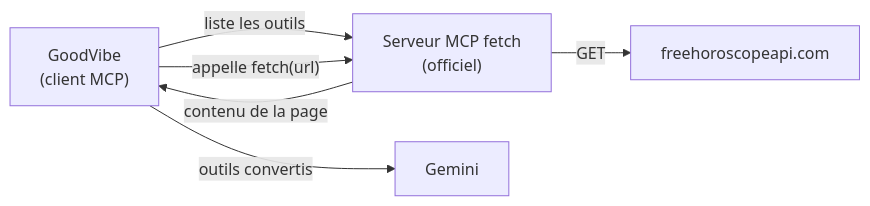
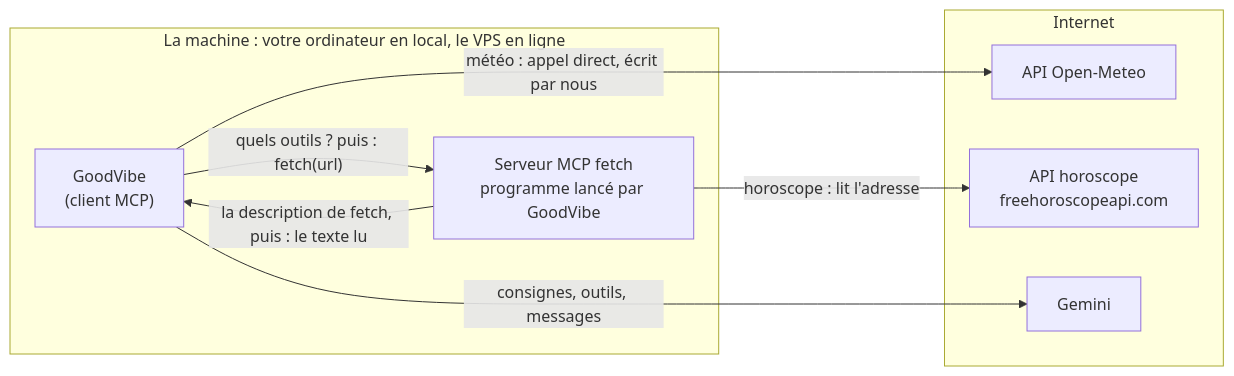
One commit to lecinquiemejour-code/goodvibe-tuto changed the fourth of 44 diagrams in tuto-goodvibe-vibecoding.md. Above: the diagram before and after it, drawn with Mermaid. The commit also changed other lines of this file and 2 other files, not shown here.

First line of the commit message:
docs(tuto): le MCP expliqué (une API n'est pas un MCP), plus aucun texte de repli

````diff
--- a/tuto-goodvibe-vibecoding.md
+++ b/tuto-goodvibe-vibecoding.md
@@ -290,8 +293,17 @@
 ```mermaid
 flowchart LR
-    A["GoodVibe<br/>(client MCP)"] -- "liste les outils" --> S["Serveur MCP fetch<br/>(officiel)"]
-    A -- "appelle fetch(url)" --> S
-    S -- "contenu de la page" --> A
-    S -- "GET" --> API["freehoroscopeapi.com"]
-    A -- "outils convertis" --> M["Gemini"]
+    subgraph M["La machine : votre ordinateur en local, le VPS en ligne"]
+        C["GoodVibe<br/>(client MCP)"]
+        S["Serveur MCP fetch<br/>programme lancé par GoodVibe"]
+        C -- "quels outils ? puis : fetch(url)" --> S
+        S -- "la description de fetch, puis : le texte lu" --> C
+    end
+    subgraph I["Internet"]
+        OM["API Open-Meteo"]
+        API["API horoscope<br/>freehoroscopeapi.com"]
+        G["Gemini"]
+    end
+    C -- "météo : appel direct, écrit par nous" --> OM
+    S -- "horoscope : lit l'adresse" --> API
+    C -- "consignes, outils, messages" --> G
 ```
````
